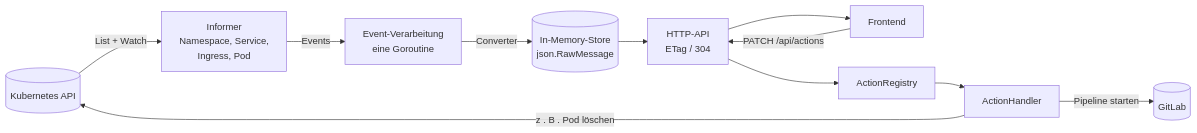
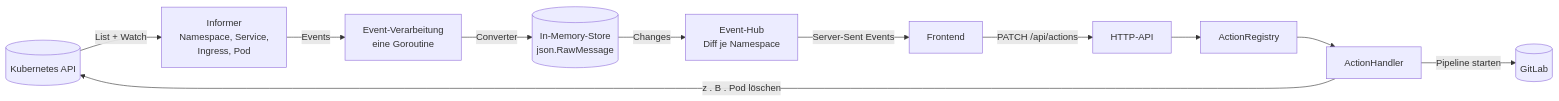
Before and after one commit to VinceBecks/dashboard: the diagram in README.md, drawn with Mermaid. The commit also changed other lines of this file and 55 other files, not shown here.

Commit message:
umschreiben zu server-send-events

````diff
--- a/README.md
+++ b/README.md
@@ -105,11 +106,11 @@
 ```mermaid
 flowchart LR
     K8s[(Kubernetes API)] -- List + Watch --> Inf[Informer<br/>Namespace, Service,<br/>Ingress, Pod]
     Inf -- Events --> Proc[Event-Verarbeitung<br/>eine Goroutine]
     Proc -- Converter --> Store[(In-Memory-Store<br/>json.RawMessage)]
-    Store --> API[HTTP-API<br/>ETag / 304]
-    API --> FE[Frontend]
-    FE -- PATCH /api/actions --> API
+    Store -- Changes --> Hub[Event-Hub<br/>Diff je Namespace]
+    Hub -- Server-Sent Events --> FE[Frontend]
+    FE -- PATCH /api/actions --> API[HTTP-API]
     API --> Reg[ActionRegistry] --> H[ActionHandler] -- z . B . Pod löschen --> K8s
     H -- Pipeline starten --> GitLab[(GitLab)]
 ```
````
